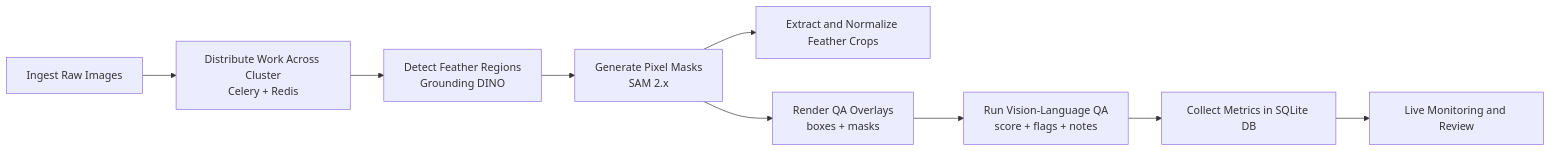
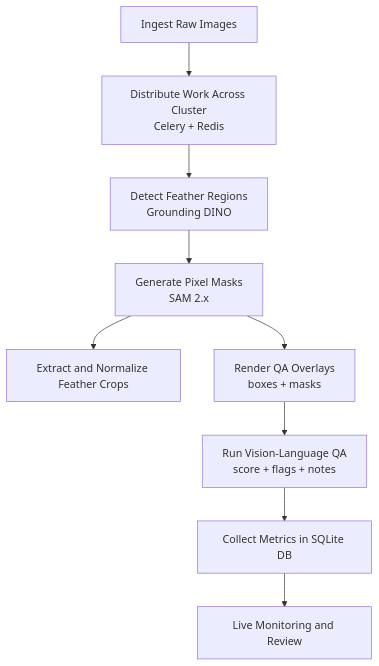
One commit to christytty/bird-feather-analysis changed the diagram in README.md. Above: the diagram before and after it, drawn with Mermaid.

Commit message:
Make workflow diagram vertical

````diff
--- a/README.md
+++ b/README.md
@@ -6,11 +6,11 @@
 ```mermaid
-flowchart LR
+flowchart TB
     A[Ingest Raw Images] --> B[Distribute Work Across Cluster<br/>Celery + Redis]
     B --> C[Detect Feather Regions<br/>Grounding DINO]
     C --> D[Generate Pixel Masks<br/>SAM 2.x]
     D --> E[Extract and Normalize Feather Crops]
     D --> F[Render QA Overlays<br/>boxes + masks]
     F --> G[Run Vision-Language QA<br/>score + flags + notes]
     G --> H[Collect Metrics in SQLite DB]
     H --> I[Live Monitoring and Review]
 ```
````
